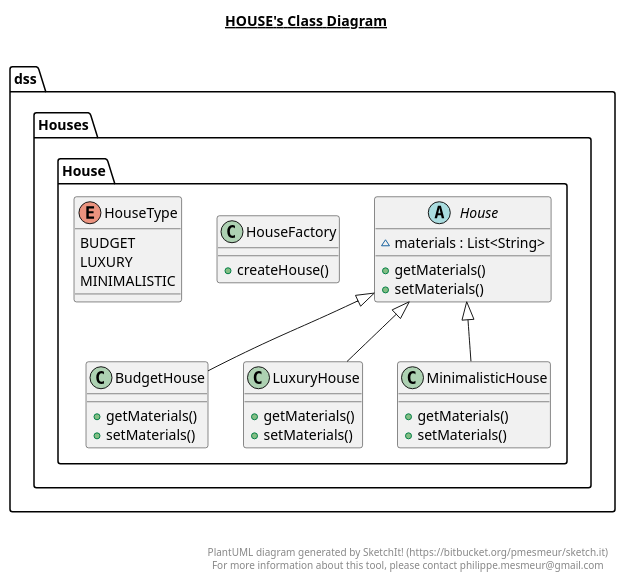
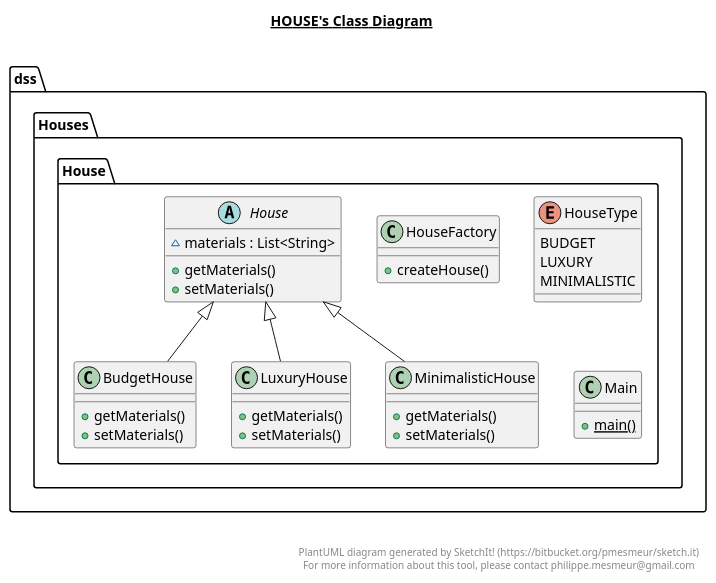
One commit to ktvcv/PracticeOfPatterns changed the diagram in out/production/PracticeOfPatterns/dss/Houses/House/House.plantuml. Above: the diagram before and after it, drawn with PlantUML. The commit also changed 54 other files, not shown here.

```diff
--- a/out/production/PracticeOfPatterns/dss/Houses/House/House.plantuml
+++ b/out/production/PracticeOfPatterns/dss/Houses/House/House.plantuml
@@ -1,90 +1,87 @@
 @startuml
 
 title __HOUSE's Class Diagram__\n
 
   namespace dss {
-    namespace Houses {
-      namespace House {
-        class dss.Houses.House.BudgetHouse {
-            + getMaterials()
-            + setMaterials()
-        }
+    namespace Houses.House {
+      class dss.Houses.House.BudgetHouse {
+          + getMaterials()
+          + setMaterials()
       }
     }
   }
   
 
   namespace dss {
-    namespace Houses {
-      namespace House {
-        abstract class dss.Houses.House.House {
-            ~ materials : List<String>
-            + getMaterials()
-            + setMaterials()
-        }
+    namespace Houses.House {
+      abstract class dss.Houses.House.House {
+          ~ materials : List<String>
+          + getMaterials()
+          + setMaterials()
       }
     }
   }
   
 
   namespace dss {
-    namespace Houses {
-      namespace House {
-        class dss.Houses.House.HouseFactory {
-            + createHouse()
-        }
+    namespace Houses.House {
+      class dss.Houses.House.HouseFactory {
+          + createHouse()
       }
     }
   }
   
 
   namespace dss {
-    namespace Houses {
-      namespace House {
-        enum HouseType {
-          BUDGET
-          LUXURY
-          MINIMALISTIC
-        }
+    namespace Houses.House {
+      enum HouseType {
+        BUDGET
+        LUXURY
+        MINIMALISTIC
       }
     }
   }
   
 
   namespace dss {
-    namespace Houses {
-      namespace House {
-        class dss.Houses.House.LuxuryHouse {
-            + getMaterials()
-            + setMaterials()
-        }
+    namespace Houses.House {
+      class dss.Houses.House.LuxuryHouse {
+          + getMaterials()
+          + setMaterials()
       }
     }
   }
   
 
   namespace dss {
-    namespace Houses {
-      namespace House {
-        class dss.Houses.House.MinimalisticHouse {
-            + getMaterials()
-            + setMaterials()
-        }
+    namespace Houses.House {
+      class dss.Houses.House.Main {
+          {static} + main()
+      }
+    }
+  }
+  
+
+  namespace dss {
+    namespace Houses.House {
+      class dss.Houses.House.MinimalisticHouse {
+          + getMaterials()
+          + setMaterials()
       }
     }
   }
   
 
   dss.Houses.House.BudgetHouse -up-|> dss.Houses.House.House
   dss.Houses.House.LuxuryHouse -up-|> dss.Houses.House.House
   dss.Houses.House.MinimalisticHouse -up-|> dss.Houses.House.House
 
 
 right footer
 
 
 PlantUML diagram generated by SketchIt! (https://bitbucket.org/pmesmeur/sketch.it)
 For more information about this tool, please contact philippe.mesmeur@gmail.com
 endfooter
 
 @enduml
```
